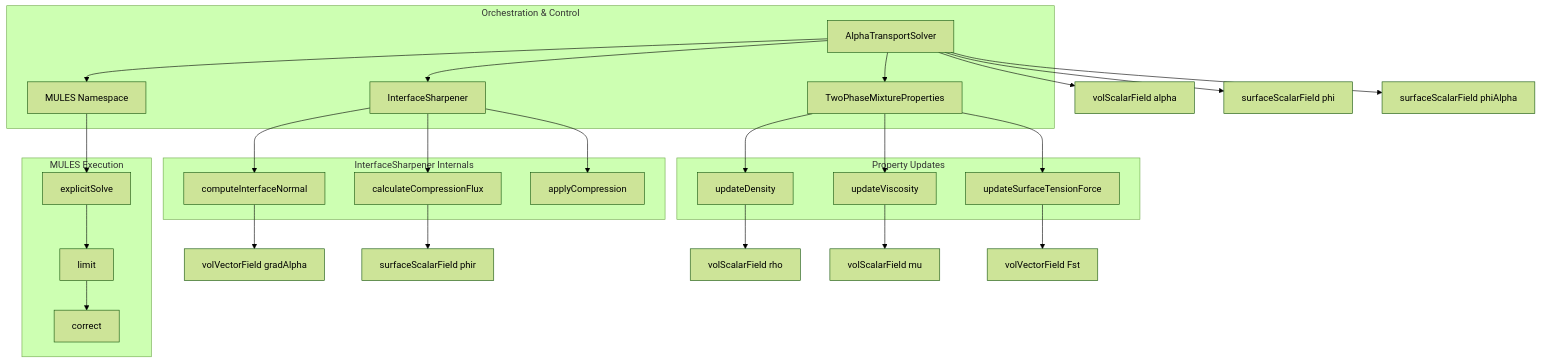
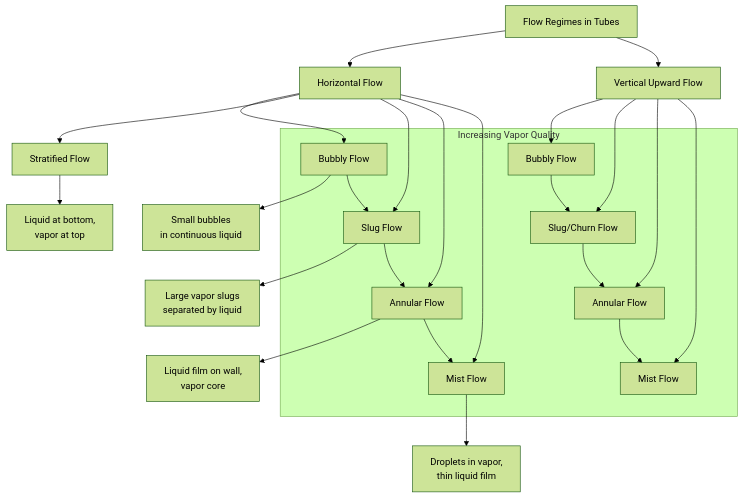
The second of 5 diagrams in daily_learning/Phase_01_Foundation_Theory/10.md (wramet/build-my-cfd), drawn with Mermaid (forest theme) before and after one commit. The commit also changed other lines of this file and 11 other files, not shown here.

````diff
--- a/daily_learning/Phase_01_Foundation_Theory/10.md
+++ b/daily_learning/Phase_01_Foundation_Theory/10.md
@@ -494,35 +56,27 @@
 ```mermaid
 graph TD
-    subgraph "Orchestration & Control"
-        A[AlphaTransportSolver] --> B[InterfaceSharpener];
-        A --> C[MULES Namespace];
-        A --> D[TwoPhaseMixtureProperties];
+    A[Flow Regimes in Tubes] --> B[Horizontal Flow]
+    A --> C[Vertical Upward Flow]
+    
+    B --> D[Bubbly Flow]
+    B --> E[Stratified Flow]
+    B --> F[Slug Flow]
+    B --> G[Annular Flow]
+    B --> H[Mist Flow]
+    
+    C --> I[Bubbly Flow]
+    C --> J[Slug/Churn Flow]
+    C --> K[Annular Flow]
+    C --> L[Mist Flow]
+    
+    D --> M[Small bubbles<br/>in continuous liquid]
+    E --> N[Liquid at bottom,<br/>vapor at top]
+    F --> O[Large vapor slugs<br/>separated by liquid]
+    G --> P[Liquid film on wall,<br/>vapor core]
+    H --> Q[Droplets in vapor,<br/>thin liquid film]
+    
+    subgraph "Increasing Vapor Quality"
+        D --> F --> G --> H
+        I --> J --> K --> L
     end
-
-    subgraph "InterfaceSharpener Internals"
-        B --> E[computeInterfaceNormal];
-        B --> F[calculateCompressionFlux];
-        B --> G[applyCompression];
-    end
-
-    subgraph "MULES Execution"
-        C --> H[explicitSolve];
-        H --> I[limit];
-        I --> J[correct];
-    end
-
-    subgraph "Property Updates"
-        D --> K[updateDensity];
-        D --> L[updateViscosity];
-        D --> M[updateSurfaceTensionForce];
-    end
-
-    A --> N[volScalarField alpha];
-    A --> O[surfaceScalarField phi];
-    A --> P[surfaceScalarField phiAlpha];
-    E --> Q[volVectorField gradAlpha];
-    F --> R[surfaceScalarField phir];
-    K --> S[volScalarField rho];
-    L --> T[volScalarField mu];
-    M --> U[volVectorField Fst];
 ```
````
